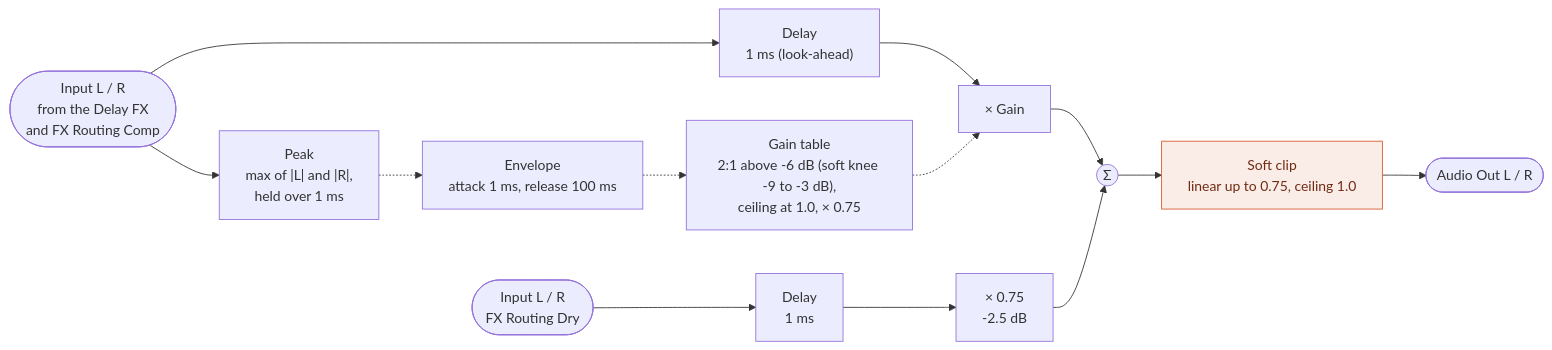
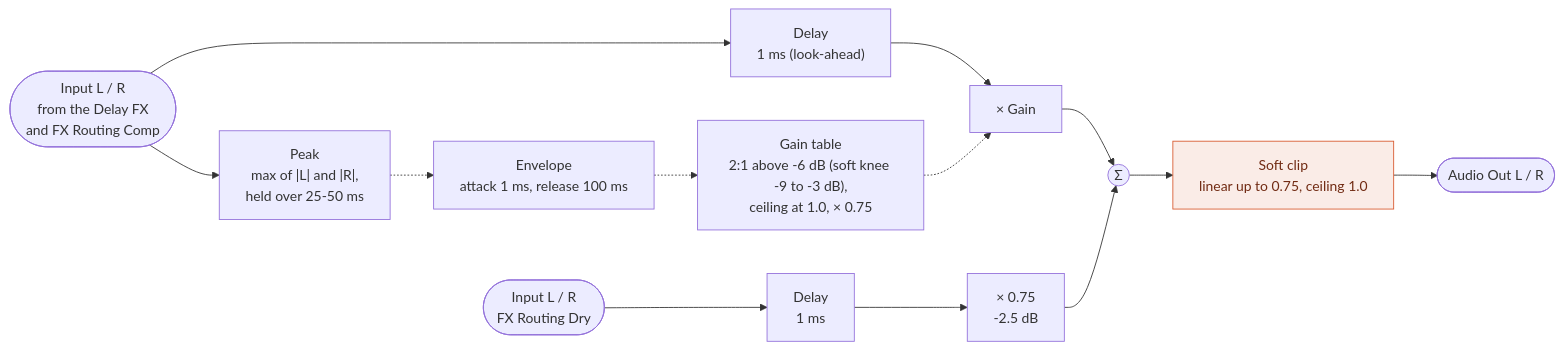
One commit to risgk/digital-synth-pra32-u2 changed the eighth of 9 diagrams in PRA32-U2-Block-Diagrams.md. Above: the diagram before and after it, drawn with Mermaid. The commit also changed other lines of this file and 2 other files, not shown here.

Commit message:
Output Compressor: Hold the peak over the last 25-50 ms, so that the gain does not waver at the pitch of a held note

````diff
--- a/PRA32-U2-Block-Diagrams.md
+++ b/PRA32-U2-Block-Diagrams.md
@@ -257,17 +257,17 @@
 ```mermaid
 flowchart LR
     IN([Input L / R<br/>from the Delay FX<br/>and FX Routing Comp]) --> DLY["Delay<br/>1 ms (look-ahead)"]
     DLY --> VCA["× Gain"]
     VCA --> SUM((Σ))
     DRY([Input L / R<br/>FX Routing Dry]) --> DD["Delay<br/>1 ms"]
     DD --> OG["× 0.75<br/>-2.5 dB"]
     OG --> SUM
     SUM --> SC["Soft clip<br/>linear up to 0.75, ceiling 1.0"]
     SC --> OUT([Audio Out L / R])
-    IN --> PK["Peak<br/>max of |L| and |R|,<br/>held over 1 ms"]
+    IN --> PK["Peak<br/>max of |L| and |R|,<br/>held over 25-50 ms"]
     PK -.-> ENV["Envelope<br/>attack 1 ms, release 100 ms"]
     ENV -.-> GT["Gain table<br/>2:1 above -6 dB (soft knee -9 to -3 dB),<br/>ceiling at 1.0, × 0.75"]
     GT -.-> VCA
     classDef nl fill:#FAECE7,stroke:#D85A30,color:#712B13
     class SC nl
 ```
````
